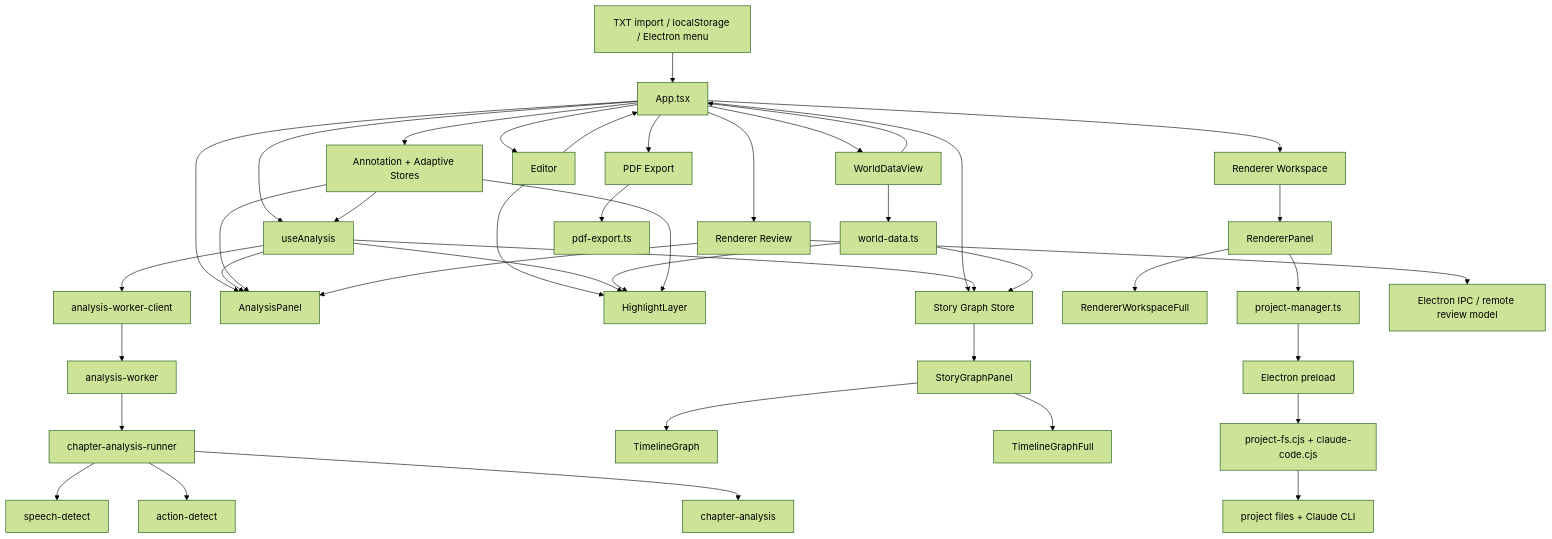
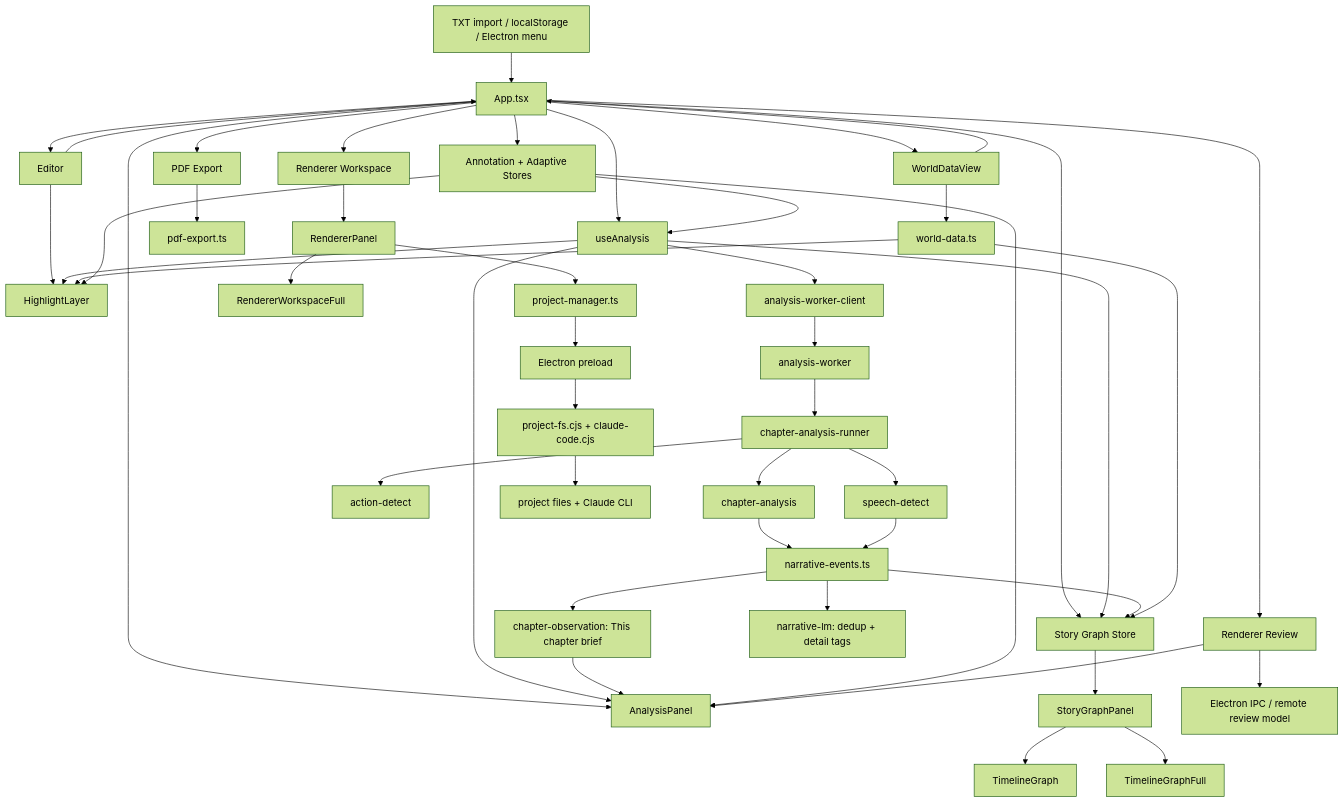
One commit to Piyakorn2112/LATENT-WRITE changed the first of 10 diagrams in README.md. Above: the diagram before and after it, drawn with Mermaid (forest theme). The commit also changed other lines of this file and 19 other files, not shown here.

````diff
--- a/README.md
+++ b/README.md
@@ -30,51 +32,58 @@
 ```mermaid
 flowchart TD
     A[TXT import / localStorage / Electron menu] --> B[App.tsx]
     B --> C[Editor]
     B --> D[useAnalysis]
     B --> E[WorldDataView]
     B --> F[Story Graph Store]
     B --> G[AnalysisPanel]
     B --> H[Annotation + Adaptive Stores]
     B --> I[Renderer Workspace]
     B --> J[Renderer Review]
     B --> K[PDF Export]
 
     C --> L[HighlightLayer]
     C --> B
 
     D --> M[analysis-worker-client]
     M --> N[analysis-worker]
     N --> O[chapter-analysis-runner]
     O --> P[speech-detect]
     O --> Q[action-detect]
     O --> R[chapter-analysis]
     D --> G
     D --> F
     D --> L
 
+    R --> NE1[narrative-events.ts]
+    P --> NE1
+    NE1 --> NE2[chapter-observation: This chapter brief]
+    NE1 --> F
+    NE2 --> G
+    NE1 --> NE3[narrative-lm: dedup + detail tags]
+
     E --> S[world-data.ts]
     S --> L
     S --> F
     E --> B
 
     F --> T[StoryGraphPanel]
     T --> U[TimelineGraph]
     T --> V[TimelineGraphFull]
 
     H --> D
     H --> L
     H --> G
 
     I --> W[RendererPanel]
     W --> X[RendererWorkspaceFull]
     W --> Y[project-manager.ts]
     Y --> Z[Electron preload]
     Z --> AA[project-fs.cjs + claude-code.cjs]
     AA --> AB[project files + Claude CLI]
 
     J --> AC[Electron IPC / remote review model]
     J --> G
 
     K --> AD[pdf-export.ts]
 ```
````
